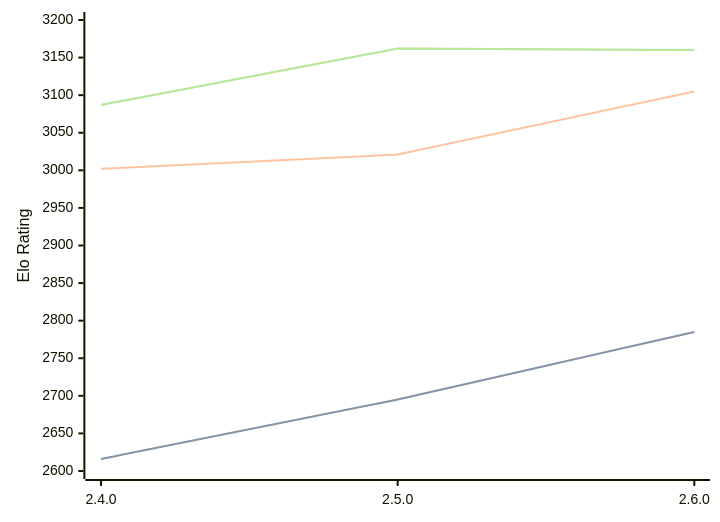
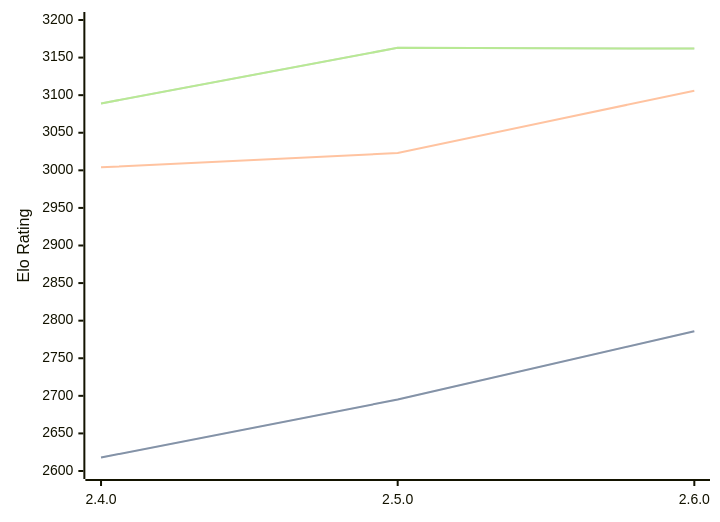
One commit to computer-chess-index/cci changed the diagram in engines/Sturddle2.md. Above: the diagram before and after it, drawn with Mermaid. The commit also changed other lines of this file, not shown here.

Commit message:
Update CCI Ratings (ELO VLTC) - 2026-08-26

````diff
--- a/engines/Sturddle2.md
+++ b/engines/Sturddle2.md
@@ -33,11 +33,11 @@
 ```mermaid
 %%{init: {"theme":"base","themeVariables":{"seriesColors:['#a3a3a3','#222221','#faa371']}}}%%
 xychart-beta
   x-axis ["2.4.0", "2.5.0", "2.6.0"]
   y-axis "Elo Rating" 2600 --> 3200
-  line "STC (8.0+0.08s)" [2616, 2695, 2785]
-  line "STC (8.0+0.08s)" [2616, 2695, 2785]
-  line "LTC (60.0+0.60s)" [3002, 3021, 3105]
-  line "VLTC (2m24s+1.12s)" [3087, 3162, 3160]
-  line "VLTC (2m24s+1.12s)" [3087, 3162, 3160]
+  line "STC (8.0+0.08s)" [2618, 2695, 2786]
+  line "STC (8.0+0.08s)" [2618, 2695, 2786]
+  line "LTC (60.0+0.60s)" [3004, 3023, 3106]
+  line "VLTC (2m24s+1.12s)" [3089, 3163, 3162]
+  line "VLTC (2m24s+1.12s)" [3089, 3163, 3162]
 ```
````
